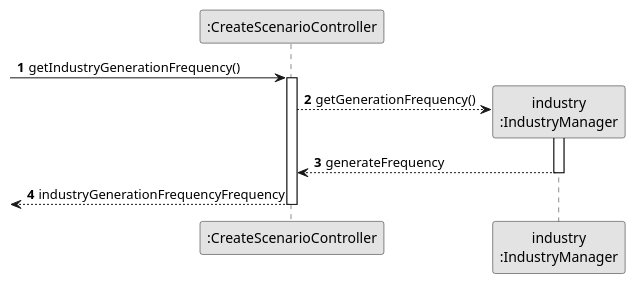
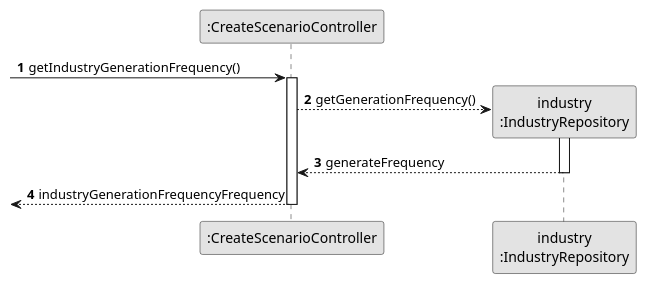
Before and after one commit to Andremonteiro1240850/railway_simulator: the diagram in docs/system-documentation/US04/03.Design/puml/SSD-Get-Industry-Factors.puml, drawn with PlantUML. The commit also changed 42 other files, not shown here.

```diff
--- a/docs/system-documentation/US04/03.Design/puml/SSD-Get-Industry-Factors.puml
+++ b/docs/system-documentation/US04/03.Design/puml/SSD-Get-Industry-Factors.puml
@@ -1,18 +1,18 @@
 @startuml
 skinparam monochrome true
 skinparam packageStyle rectangle
 skinparam shadowing false
 
 participant ":CreateScenarioController" as CTRL
-participant "industry\n:IndustryManager" as IND
+participant "industry\n:IndustryRepository" as IND
 
 autonumber 1
 -> CTRL: getIndustryGenerationFrequency()
 activate CTRL
     CTRL --> IND**: getGenerationFrequency()
     activate IND
         IND --> CTRL: generateFrequency
     deactivate IND
 <-- CTRL: industryGenerationFrequencyFrequency
 deactivate CTRL
 @enduml
```
